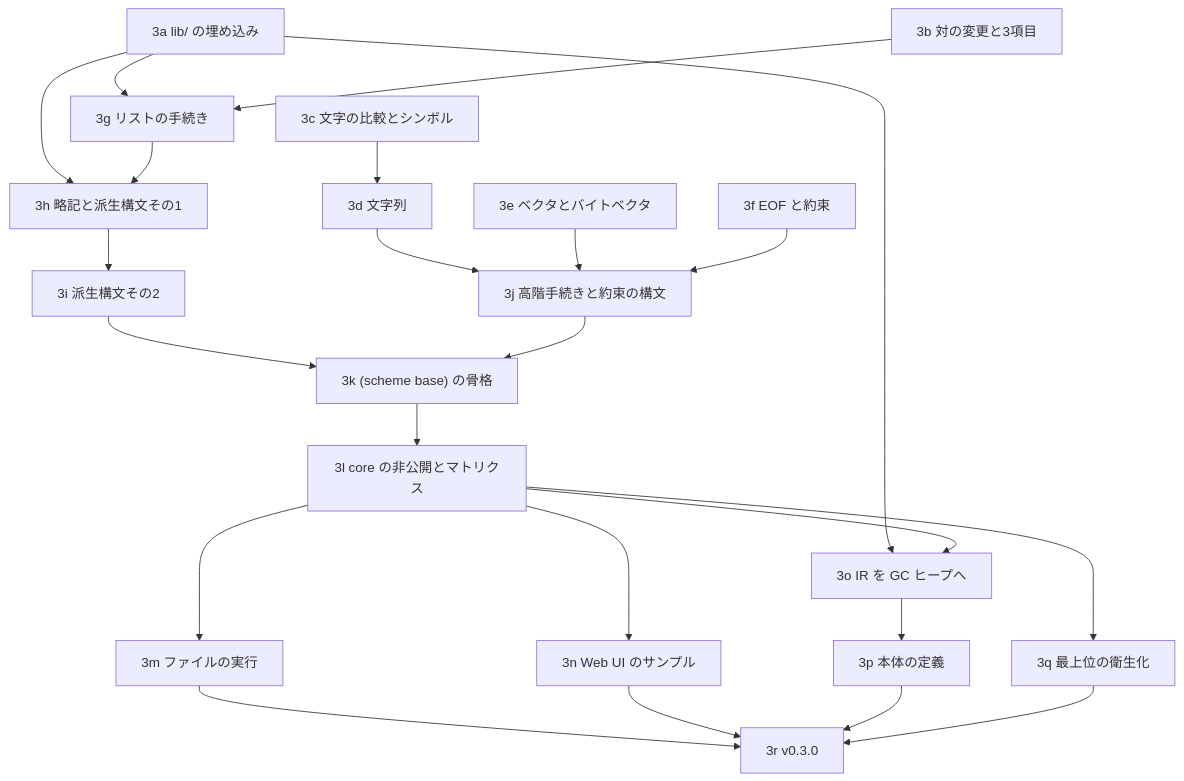
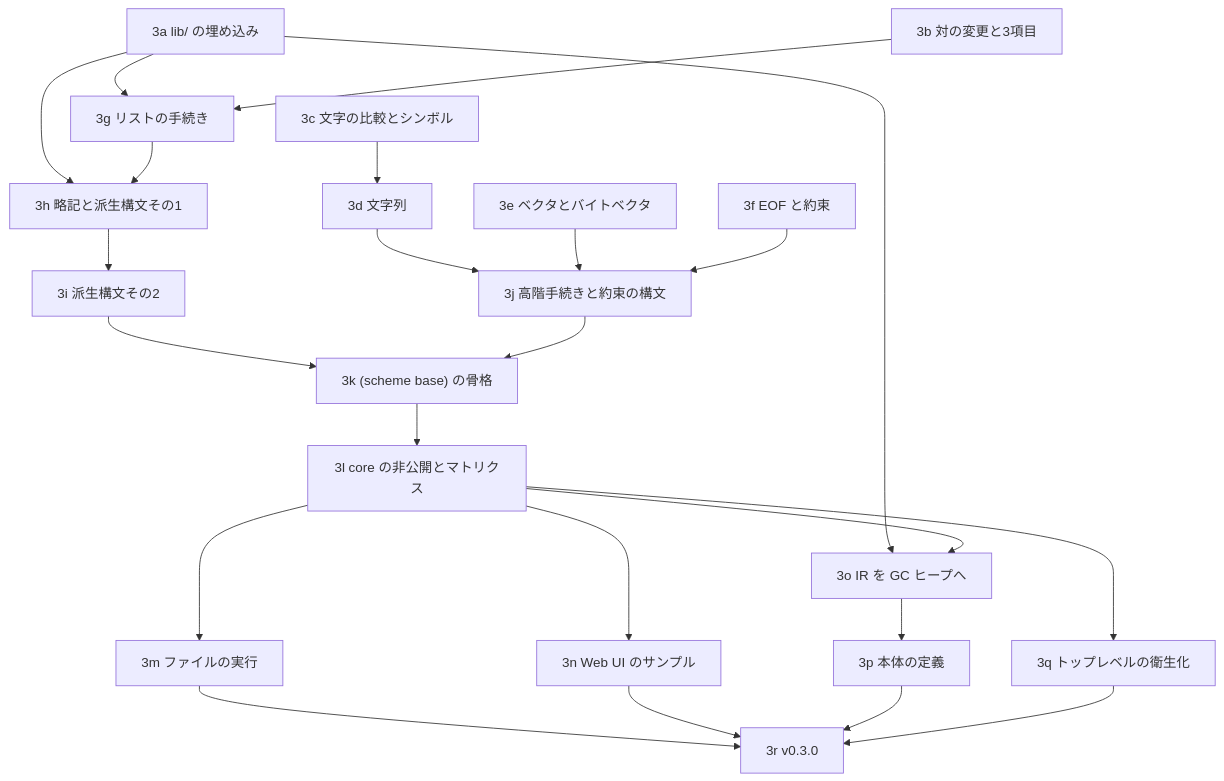
The diagram in docs/plans/0016-phase3-scheme-stdlib.md (suchi/sucheme-zig), drawn with Mermaid before and after one commit. The commit also changed other lines of this file and 40 other files, not shown here.

````diff
--- a/docs/plans/0016-phase3-scheme-stdlib.md
+++ b/docs/plans/0016-phase3-scheme-stdlib.md
@@ -175,43 +175,43 @@
 ```mermaid
 flowchart TD
     s3a["3a lib/ の埋め込み"]
     s3b["3b 対の変更と3項目"]
     s3c["3c 文字の比較とシンボル"]
     s3d["3d 文字列"]
     s3e["3e ベクタとバイトベクタ"]
     s3f["3f EOF と約束"]
     s3g["3g リストの手続き"]
     s3h["3h 略記と派生構文その1"]
     s3i["3i 派生構文その2"]
     s3j["3j 高階手続きと約束の構文"]
     s3k["3k (scheme base) の骨格"]
     s3l["3l core の非公開とマトリクス"]
     s3m["3m ファイルの実行"]
     s3n["3n Web UI のサンプル"]
     s3o["3o IR を GC ヒープへ"]
     s3p["3p 本体の定義"]
-    s3q["3q 最上位の衛生化"]
+    s3q["3q トップレベルの衛生化"]
     s3r["3r v0.3.0"]
     s3a --> s3g
     s3a --> s3h
     s3b --> s3g
     s3c --> s3d
     s3d --> s3j
     s3e --> s3j
     s3f --> s3j
     s3g --> s3h
     s3h --> s3i
     s3i --> s3k
     s3j --> s3k
     s3k --> s3l
     s3l --> s3m
     s3l --> s3n
     s3a --> s3o
     s3l --> s3o
     s3o --> s3p
     s3l --> s3q
     s3m --> s3r
     s3n --> s3r
     s3p --> s3r
     s3q --> s3r
 ```
````
